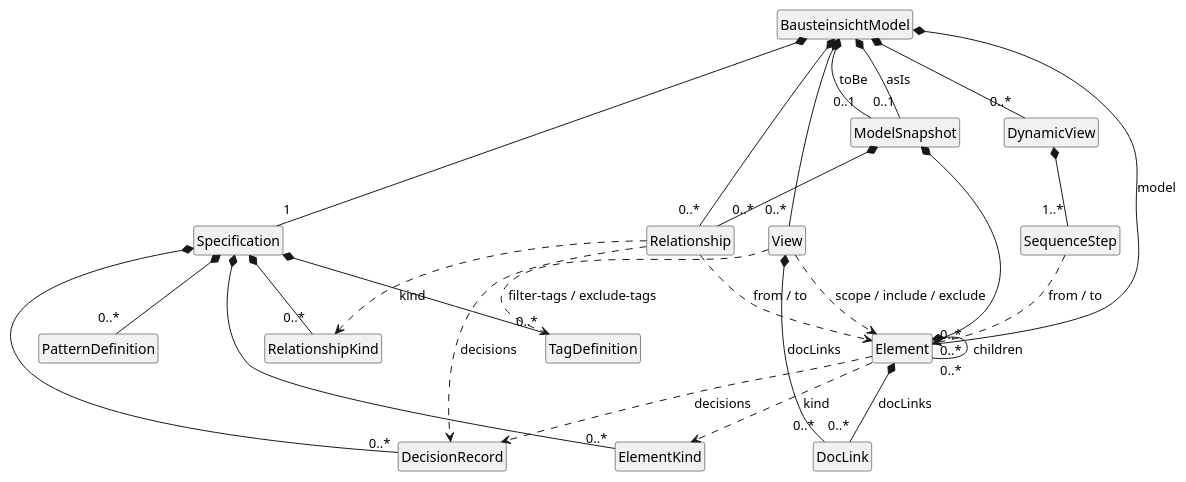
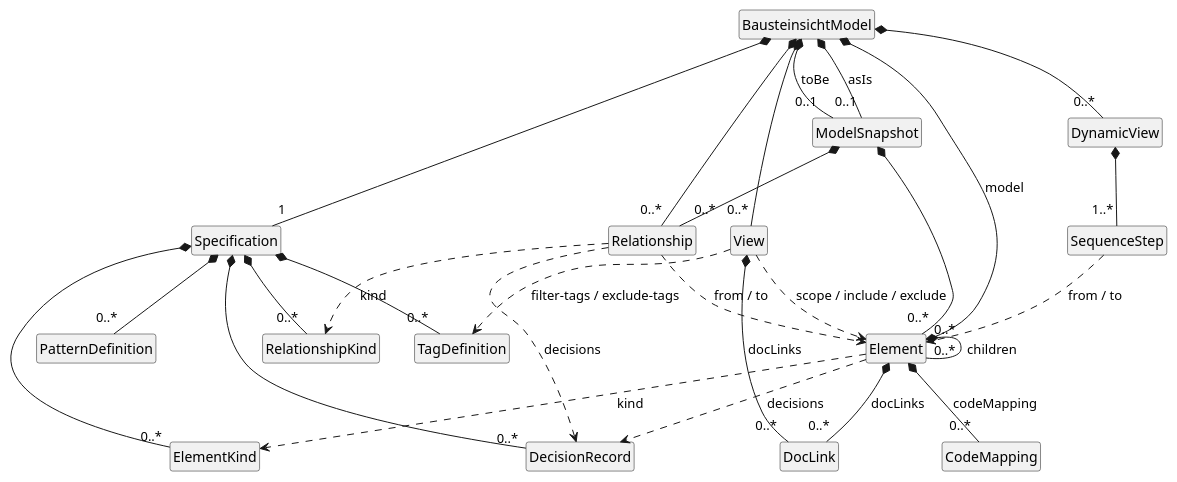
The first of 2 diagrams in src/docs/spec/03_data_models.adoc (docToolchain/Bausteinsicht), drawn with PlantUML before and after one commit. The commit also changed other lines of this file and 4 other files, not shown here.

First line of the commit message:
feat(model): add codeMapping field to Element (#562)

```diff
--- a/src/docs/spec/03_data_models.adoc
+++ b/src/docs/spec/03_data_models.adoc
@@ -38,56 +38,58 @@
 [plantuml, model-entity-model, png]
 ....
 @startuml
 hide circle
 hide empty members
 skinparam classAttributeIconSize 0
 
 class BausteinsichtModel
 class Specification
 class ElementKind
 class RelationshipKind
 class TagDefinition
 class PatternDefinition
 class DecisionRecord
 class DocLink
+class CodeMapping
 class Element
 class Relationship
 class View
 class DynamicView
 class SequenceStep
 class ModelSnapshot
 
 BausteinsichtModel *-- "1" Specification
 BausteinsichtModel *-- "0..*" Element : model
 BausteinsichtModel *-- "0..*" Relationship
 BausteinsichtModel *-- "0..*" View
 BausteinsichtModel *-- "0..*" DynamicView
 BausteinsichtModel *-- "0..1" ModelSnapshot : asIs
 BausteinsichtModel *-- "0..1" ModelSnapshot : toBe
 
 Specification *-- "0..*" ElementKind
 Specification *-- "0..*" RelationshipKind
 Specification *-- "0..*" TagDefinition
 Specification *-- "0..*" PatternDefinition
 Specification *-- "0..*" DecisionRecord
 
 Element *-- "0..*" Element : children
 Element ..> ElementKind : kind
 Element ..> DecisionRecord : decisions
 Element *-- "0..*" DocLink : docLinks
+Element *-- "0..*" CodeMapping : codeMapping
 
 Relationship ..> Element : from / to
 Relationship ..> RelationshipKind : kind
 Relationship ..> DecisionRecord : decisions
 
 View ..> Element : scope / include / exclude
 View ..> TagDefinition : filter-tags / exclude-tags
 View *-- "0..*" DocLink : docLinks
 
 DynamicView *-- "1..*" SequenceStep
 SequenceStep ..> Element : from / to
 
 ModelSnapshot *-- "0..*" Element
 ModelSnapshot *-- "0..*" Relationship
 @enduml
 ....
```
